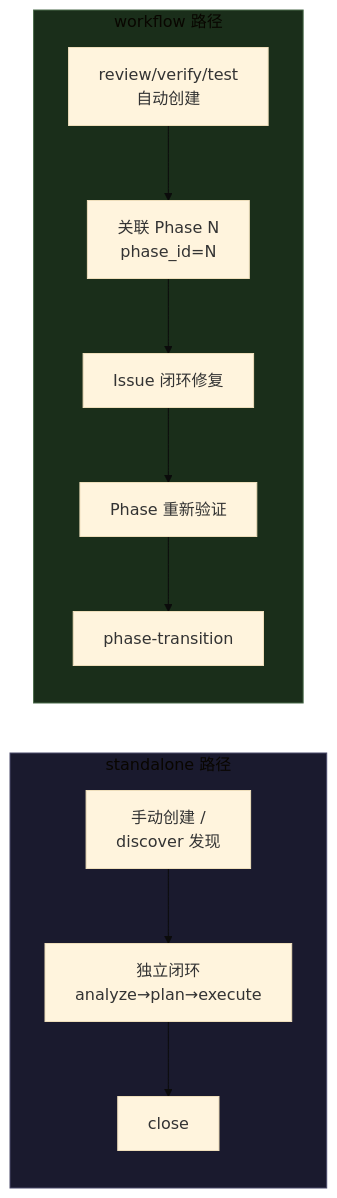
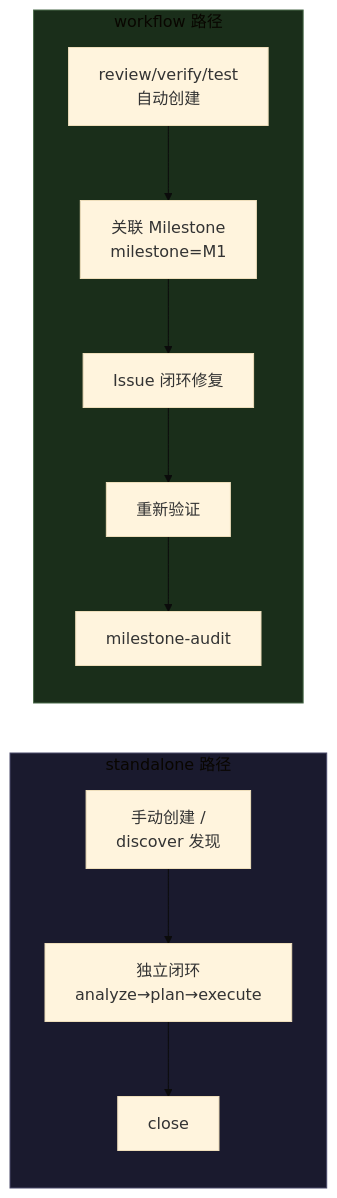
The third of 9 diagrams in guide/command-usage-guide.md (catlog22/maestro-flow), drawn with Mermaid (base theme) before and after one commit. The commit also changed other lines of this file and 47 other files, not shown here.

````diff
--- a/guide/command-usage-guide.md
+++ b/guide/command-usage-guide.md
@@ -180,17 +178,17 @@
 ```mermaid
 graph LR
     subgraph standalone_path["standalone 路径"]
         S1["手动创建 /<br>discover 发现"] --> S2["独立闭环<br>analyze→plan→execute"]
         S2 --> S3["close"]
     end
 
     subgraph workflow_path["workflow 路径"]
-        W1["review/verify/test<br>自动创建"] --> W2["关联 Phase N<br>phase_id=N"]
+        W1["review/verify/test<br>自动创建"] --> W2["关联 Milestone<br>milestone=M1"]
         W2 --> W3["Issue 闭环修复"]
-        W3 --> W4["Phase 重新验证"]
-        W4 --> W5["phase-transition"]
+        W3 --> W4["重新验证"]
+        W4 --> W5["milestone-audit"]
     end
 
     style standalone_path fill:#1a1a2e,stroke:#4a4a6a
     style workflow_path fill:#1a2e1a,stroke:#4a6a4a
 ```
````
